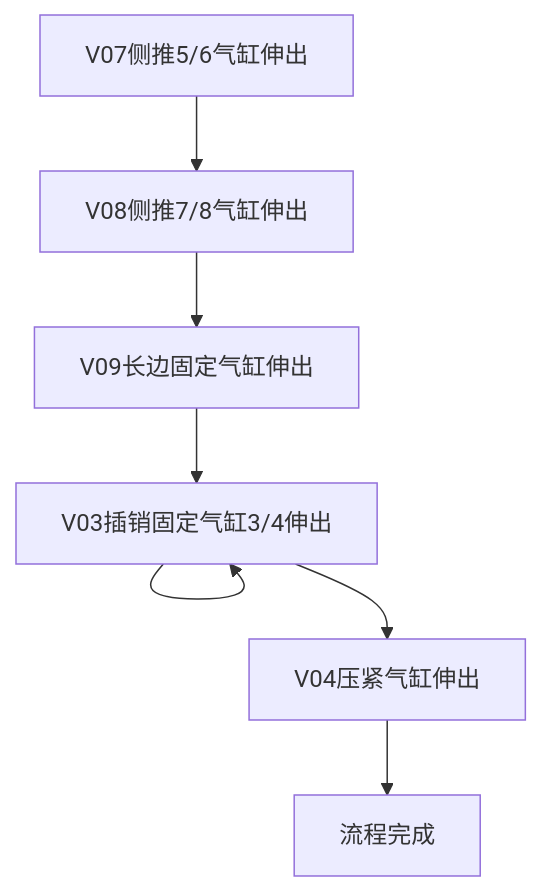
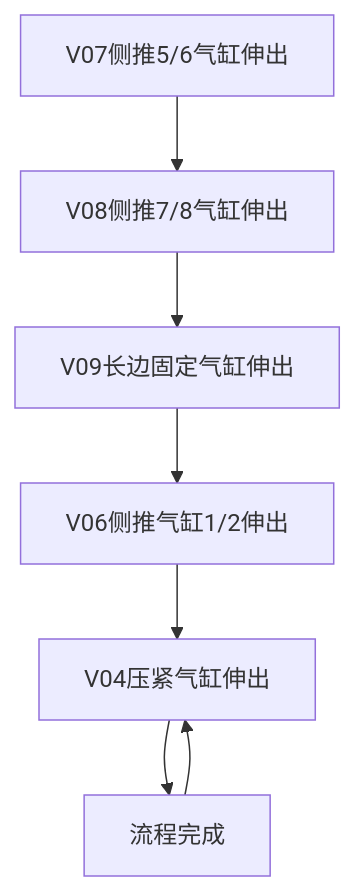
One commit to PengKun1/iodraw-files changed the diagram in all/OP30气缸固定子流程.md. Above: the diagram before and after it, drawn with Mermaid.

Commit message:
2024-08-06 09:59:52 update

````diff
--- a/all/OP30气缸固定子流程.md
+++ b/all/OP30气缸固定子流程.md
@@ -1,11 +1,11 @@
 ```mermaid
 graph TD
 10[V07侧推5/6气缸伸出]-->20
 20[V08侧推7/8气缸伸出]-->30
 30[V09长边固定气缸伸出]-->40
-40[V06侧推气缸1/2伸出]-->40
-40[V03插销固定气缸3/4伸出]-->50
+40[V06侧推气缸1/2伸出]-->50
+60[V03插销固定气缸3/4伸出]-->50
 50[V04压紧气缸伸出]-->60
 60[流程完成]
   
 ```
````
